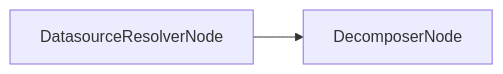
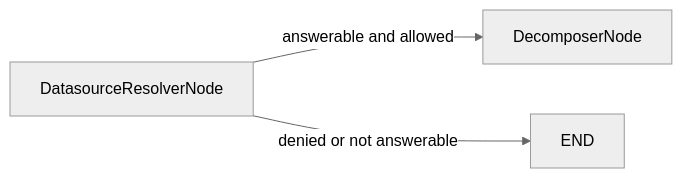
One commit to nadeem4/nl2sql changed the diagram in docs/architecture/nodes/datasource_resolver_node.md. Above: the diagram before and after it, drawn with Mermaid. The commit also changed other lines of this file and 33 other files, not shown here.

Commit message:
feat(resolver): skip vector search for a single datasource and refuse questions no datasource can answer

````diff
--- a/docs/architecture/nodes/datasource_resolver_node.md
+++ b/docs/architecture/nodes/datasource_resolver_node.md
@@ -35,4 +40,6 @@
 ```mermaid
+%%{init: {"theme": "neutral"}}%%
 flowchart LR
-    Resolver[DatasourceResolverNode] --> Decomposer[DecomposerNode]
+    Resolver[DatasourceResolverNode] -->|answerable and allowed| Decomposer[DecomposerNode]
+    Resolver -->|denied or not answerable| EndNode[END]
 ```
````
